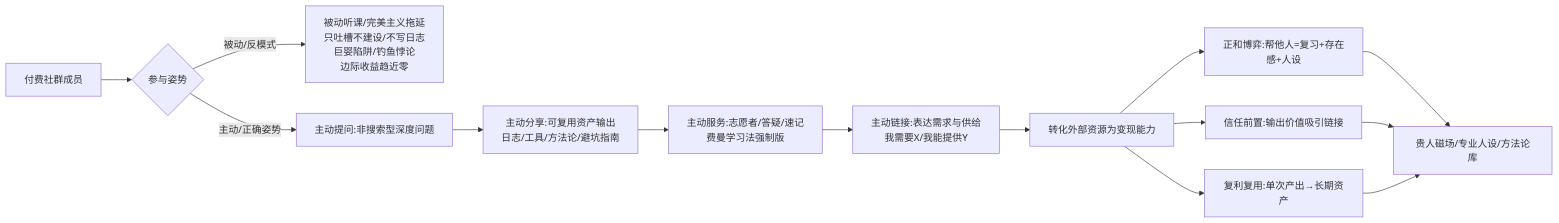
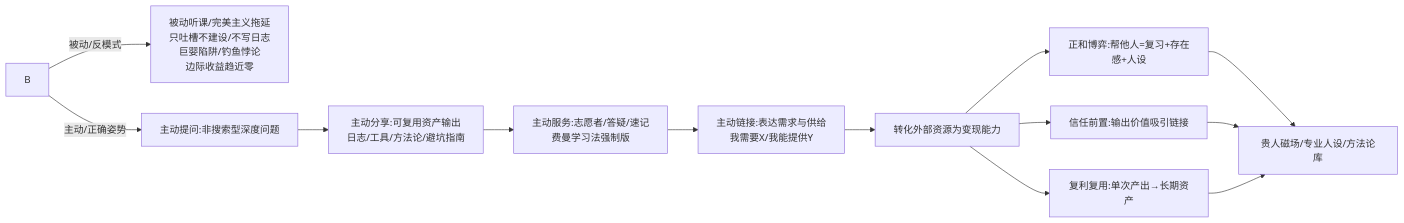
Before and after one commit to OpenDocCN1/flygon-zhuanqian-zhoubao: the seventh of 7 diagrams in docs/202303_paper2textbook/asset/body_fix_a4d38d6b12c4207e9a126a09afd986d5_199df5105facb43ee98241a947a00ccb_562f83937569170053c241bcc0e0f53b_6b680b1d760ab82ebd87f0c00ad421e7.md, drawn with Mermaid. The commit also changed other lines of this file and 14991 other files, not shown here.

````diff
--- a/docs/202303_paper2textbook/asset/body_fix_a4d38d6b12c4207e9a126a09afd986d5_199df5105facb43ee98241a947a00ccb_562f83937569170053c241bcc0e0f53b_6b680b1d760ab82ebd87f0c00ad421e7.md
+++ b/docs/202303_paper2textbook/asset/body_fix_a4d38d6b12c4207e9a126a09afd986d5_199df5105facb43ee98241a947a00ccb_562f83937569170053c241bcc0e0f53b_6b680b1d760ab82ebd87f0c00ad421e7.md
@@ -468,16 +465,15 @@
 ```mermaid
 flowchart LR
-    A[付费社群成员] --> B{参与姿势}
     B -->|被动/反模式| C[被动听课/完美主义拖延\n只吐槽不建设/不写日志\n巨婴陷阱/钓鱼悖论\n边际收益趋近零]
     B -->|主动/正确姿势| D[主动提问:非搜索型深度问题]
     D --> E[主动分享:可复用资产输出\n日志/工具/方法论/避坑指南]
     E --> F[主动服务:志愿者/答疑/速记\n费曼学习法强制版]
     F --> G[主动链接:表达需求与供给\n我需要X/我能提供Y]
     G --> H[转化外部资源为变现能力]
     H --> I[正和博弈:帮他人=复习+存在感+人设]
     H --> J[信任前置:输出价值吸引链接]
     H --> K[复利复用:单次产出→长期资产]
     I --> L[贵人磁场/专业人设/方法论库]
     J --> L
     K --> L
 ```
````
